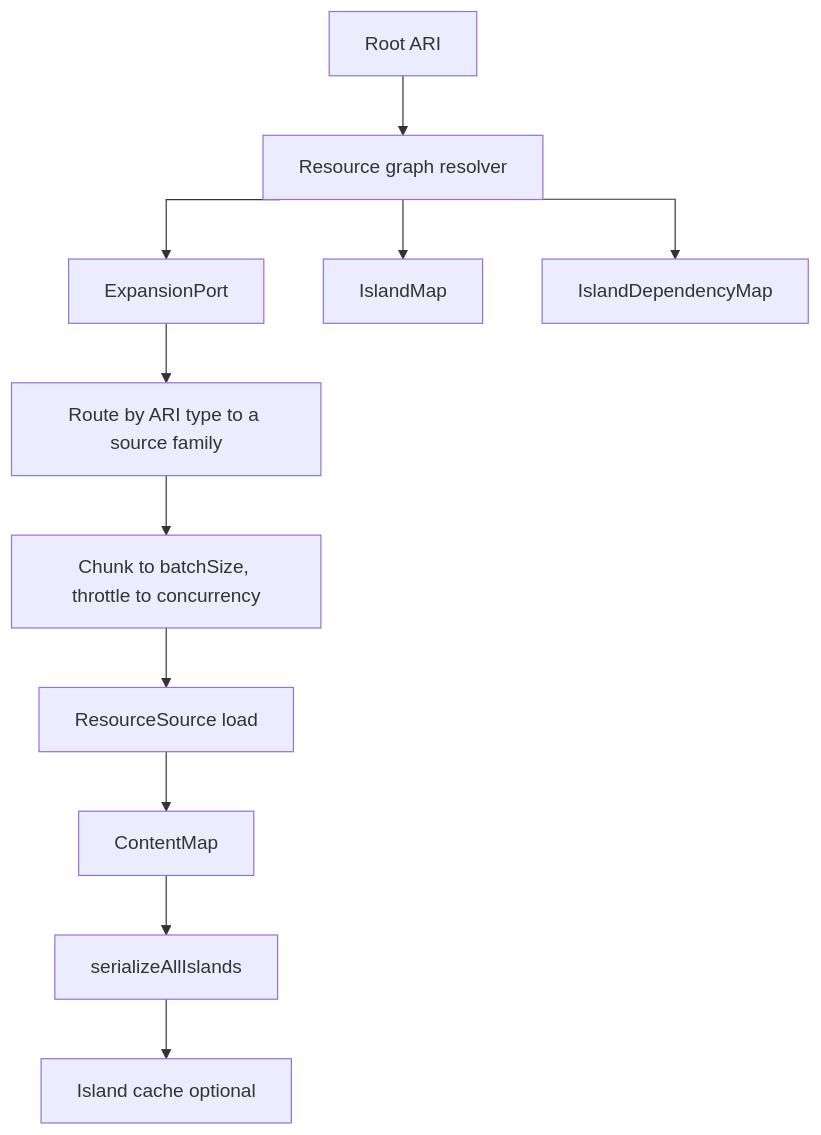
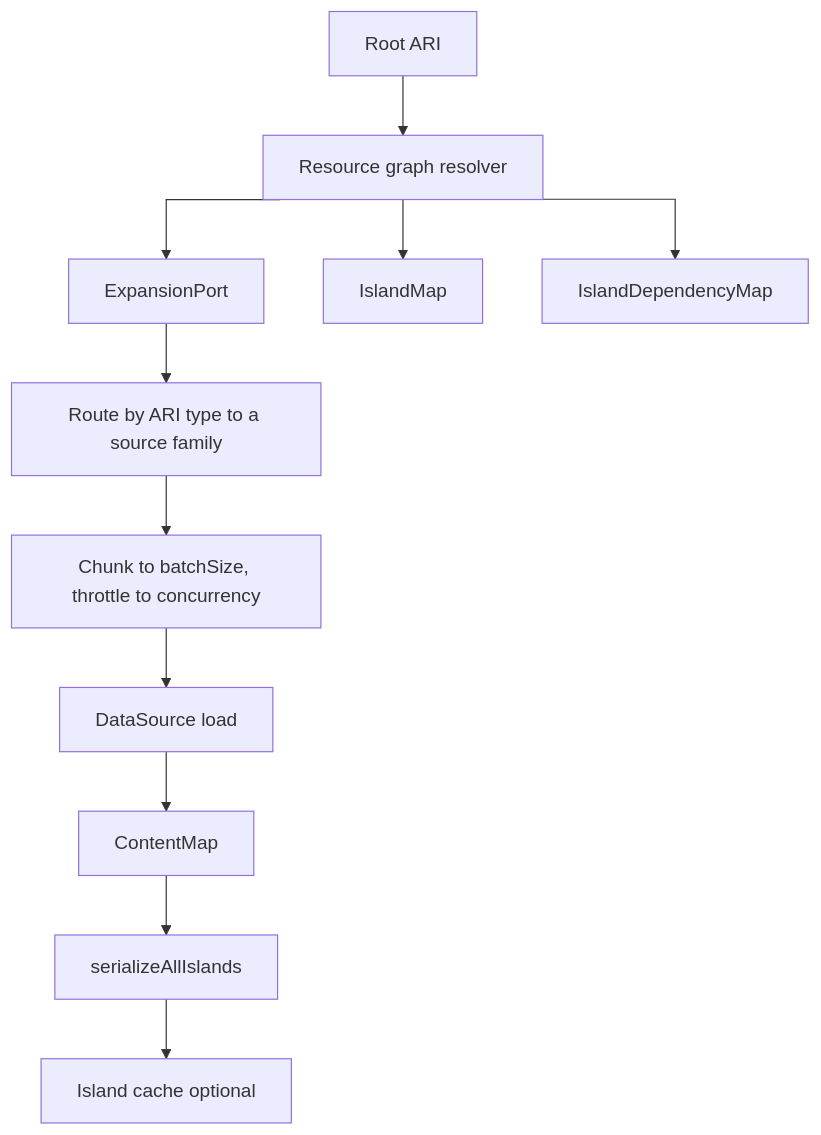
The diagram in apps/xndrjs-documentation/src/content/docs/v0/infrastructure/resource-graph-resolver.md (xndrjs/toolkit), drawn with Mermaid before and after one commit. The commit also changed other lines of this file and 17 other files, not shown here.

````diff
--- a/apps/xndrjs-documentation/src/content/docs/v0/infrastructure/resource-graph-resolver.md
+++ b/apps/xndrjs-documentation/src/content/docs/v0/infrastructure/resource-graph-resolver.md
@@ -37,14 +37,14 @@
 ```mermaid
 %%{init: {'flowchart': {'curve': 'stepAfter'}}}%%
 flowchart TD
   root[Root ARI] --> resolver[Resource graph resolver]
   resolver --> expand[ExpansionPort]
   expand --> route[Route by ARI type to a source family]
   route --> batch[Chunk to batchSize, throttle to concurrency]
-  batch --> sources[ResourceSource load]
+  batch --> sources[DataSource load]
   sources --> contentMap[ContentMap]
   resolver --> islands[IslandMap]
   resolver --> deps[IslandDependencyMap]
   contentMap --> serialize[serializeAllIslands]
   serialize --> cache[Island cache optional]
 ```
````
